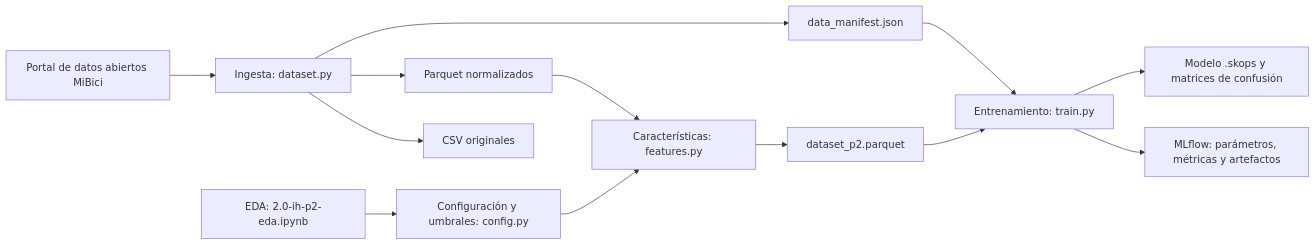
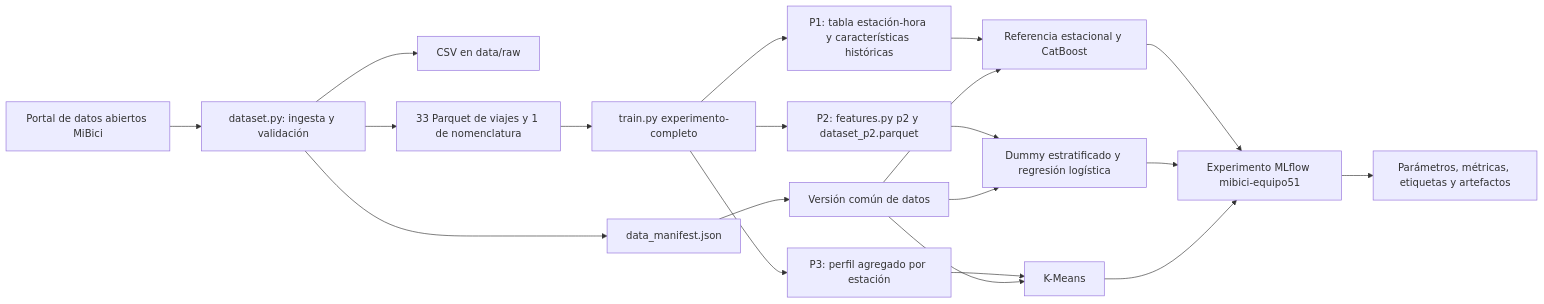
One commit to arictamir/TC5061-Proyecto-Equipo51 changed the diagram in README.md. Above: the diagram before and after it, drawn with Mermaid. The commit also changed other lines of this file, not shown here.

Commit message:
docs: actualizar documentación del experimento unificado

````diff
--- a/README.md
+++ b/README.md
@@ -246,18 +113,22 @@
 ```mermaid
 flowchart LR
-    A[Portal de datos abiertos MiBici] --> B[Ingesta: dataset.py]
-    B --> C[CSV originales]
-    B --> D[Parquet normalizados]
+    A[Portal de datos abiertos MiBici] --> B[dataset.py: ingesta y validación]
+    B --> C[CSV en data/raw]
+    B --> D[33 Parquet de viajes y 1 de nomenclatura]
     B --> E[data_manifest.json]
-
-    K[EDA: 2.0-ih-p2-eda.ipynb] --> L[Configuración y umbrales: config.py]
-
-    D --> F[Características: features.py]
-    L --> F
-    F --> G[dataset_p2.parquet]
-
-    G --> H[Entrenamiento: train.py]
-    E --> H
-    H --> I[MLflow: parámetros, métricas y artefactos]
-    H --> J[Modelo .skops y matrices de confusión]
+    D --> F[train.py experimento-completo]
+    F --> G1[P1: tabla estación-hora y características históricas]
+    F --> G2[P2: features.py p2 y dataset_p2.parquet]
+    F --> G3[P3: perfil agregado por estación]
+    G1 --> H1[Referencia estacional y CatBoost]
+    G2 --> H2[Dummy estratificado y regresión logística]
+    G3 --> H3[K-Means]
+    E --> I[Versión común de datos]
+    I --> H1
+    I --> H2
+    I --> H3
+    H1 --> J[Experimento MLflow mibici-equipo51]
+    H2 --> J
+    H3 --> J
+    J --> K[Parámetros, métricas, etiquetas y artefactos]
 ```
````
